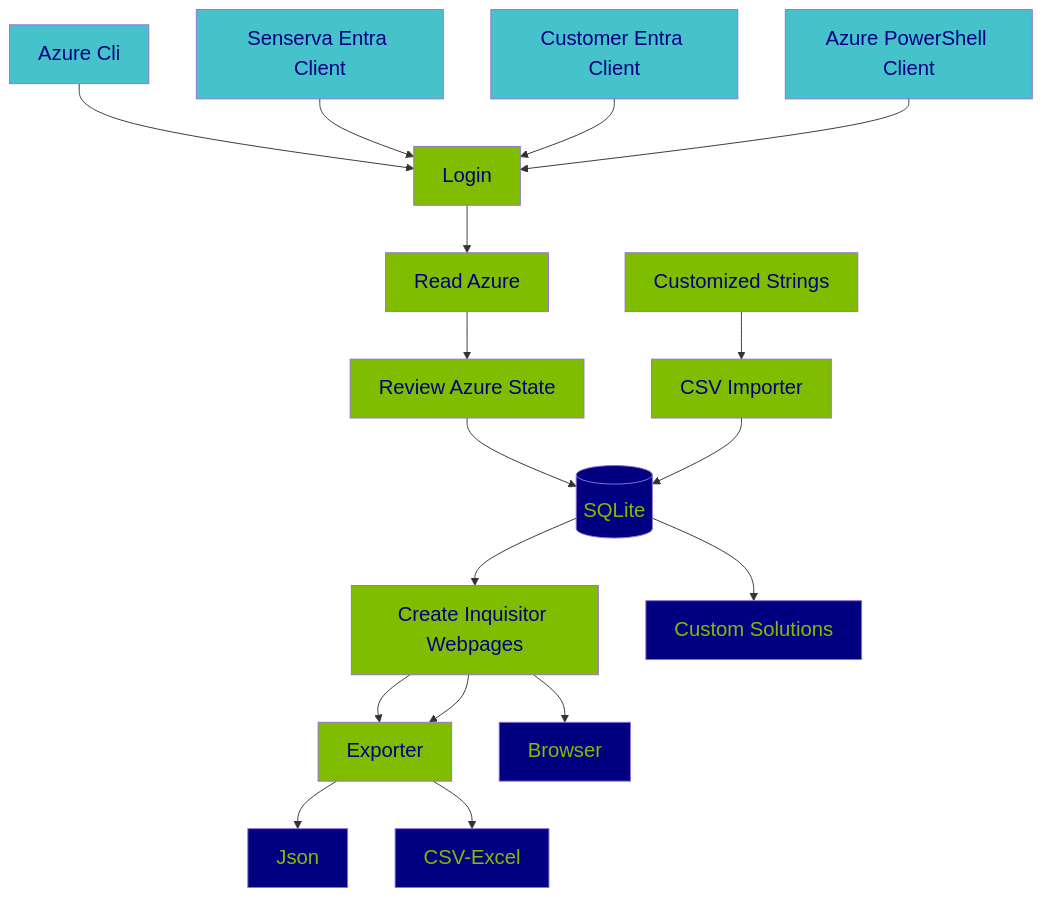
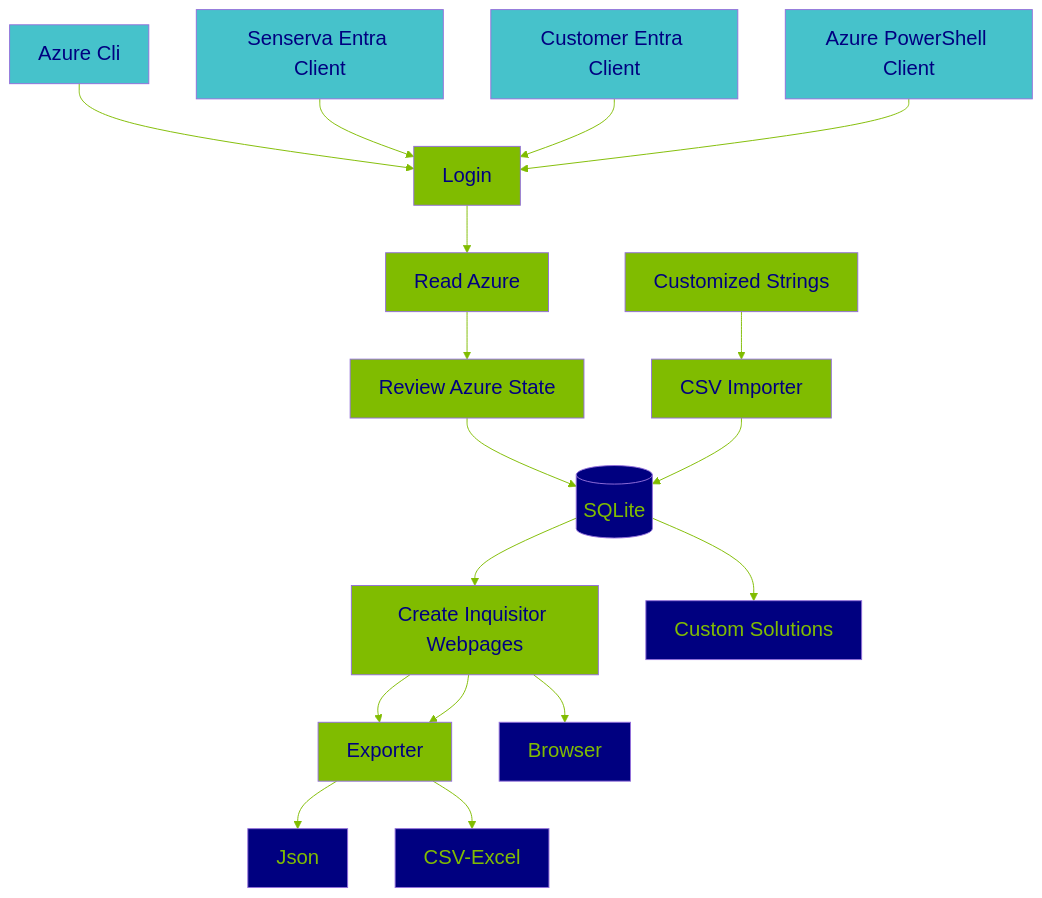
The first of 2 diagrams in README.md (Senserva-LLC/Senserva-Inquisitor), drawn with Mermaid before and after one commit.

````diff
--- a/README.md
+++ b/README.md
@@ -128,33 +128,33 @@
 ```mermaid
 
 graph TD;
     Login --> read-azure[Read Azure] --> Review-Azure-State[Review Azure State] --> Database[(SQLite)] --> Create-Webpages[Create Inquisitor Webpages];
     Azure-Cli-Client[Azure Cli] -->Login;
     Senserva-EntraID-Client[Senserva Entra Client] -->Login;
     Customer-EntraID-Client[Customer Entra Client] -->Login;
     Powershell-Cli-Client[Azure PowerShell Client] -->Login;
     User-Customized-Strings[Customized Strings] --> CSV-Importer[CSV Importer];
     CSV-Importer --> Database[(SQLite)];
     Create-Webpages --> Exporter --> Json;
     Create-Webpages --> Exporter --> CSV-Excel;
     Create-Webpages --> Browser;
     Database[(SQLite)] --> Custom-Solutions[Custom Solutions];
 style Login fill:#80BC00,color:#000080,font-size:16pt
 style Customer-EntraID-Client fill:#46C2CB,color:#000080,font-size:16pt
 style Azure-Cli-Client fill:#46C2CB,color:#000080,font-size:16pt
 style Senserva-EntraID-Client fill:#46C2CB,color:#000080,font-size:16pt
 style Powershell-Cli-Client fill:#46C2CB,color:#000080,font-size:16pt
 style CSV-Importer fill:#80BC00,color:#000080,font-size:16pt
 style Create-Webpages fill:#80BC00,color:#000080,font-size:16pt
 style Database fill:#000080,color:#80BC00,font-size:16pt
 style Custom-Solutions fill:#000080,color:#80BC00,font-size:16pt
 style Create-Webpages fill:#80BC00,color:#000080,font-size:16pt
 style Review-Azure-State fill:#80BC00,color:#000080,font-size:16pt
 style read-azure fill:#80BC00,color:#000080,font-size:16pt
 style User-Customized-Strings fill:#80BC00,color:#000080,font-size:16pt
 style Json fill:#000080,color:#80BC00,font-size:16pt
 style CSV-Excel fill:#000080,color:#80BC00,font-size:16pt
 style Exporter fill:#80BC00,color:#000080,font-size:16pt
 style Browser fill:#000080,color:#80BC00,font-size:16pt
-
+linkStyle default stroke:#80BC00
 ```
````
